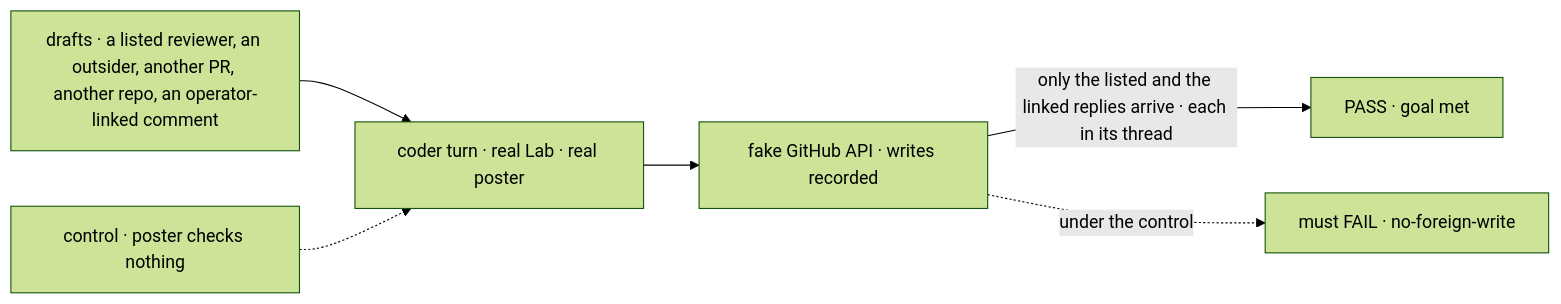
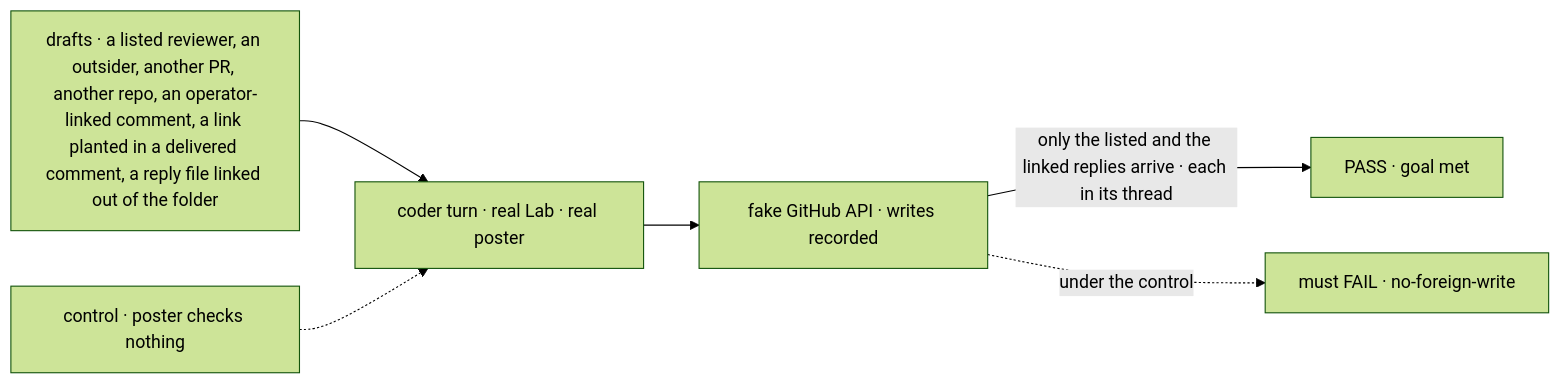
One commit to fixpoint-labs/flow-state-dev changed the first of 2 diagrams in specs/issues/FIX-2831/SPEC.md. Above: the diagram before and after it, drawn with Mermaid (forest theme). The commit also changed other lines of this file and 1 other file, not shown here.

First line of the commit message:
spec(FIX-2831): fold security review — typed-message links only, reply files read inside .fsdev/

````diff
--- a/specs/issues/FIX-2831/SPEC.md
+++ b/specs/issues/FIX-2831/SPEC.md
@@ -30,8 +30,8 @@
 ```mermaid
 flowchart LR
-  I["drafts · a listed reviewer, an outsider, another PR, another repo, an operator-linked comment"] --> R["coder turn · real Lab · real poster"]
+  I["drafts · a listed reviewer, an outsider, another PR, another repo, an operator-linked comment, a link planted in a delivered comment, a reply file linked out of the folder"] --> R["coder turn · real Lab · real poster"]
   R --> G["fake GitHub API · writes recorded"]
   G -->|"only the listed and the linked replies arrive · each in its thread"| P["PASS · goal met"]
   C["control · poster checks nothing"] -.-> R
   G -.->|"under the control"| F["must FAIL · no-foreign-write"]
 ```
````
